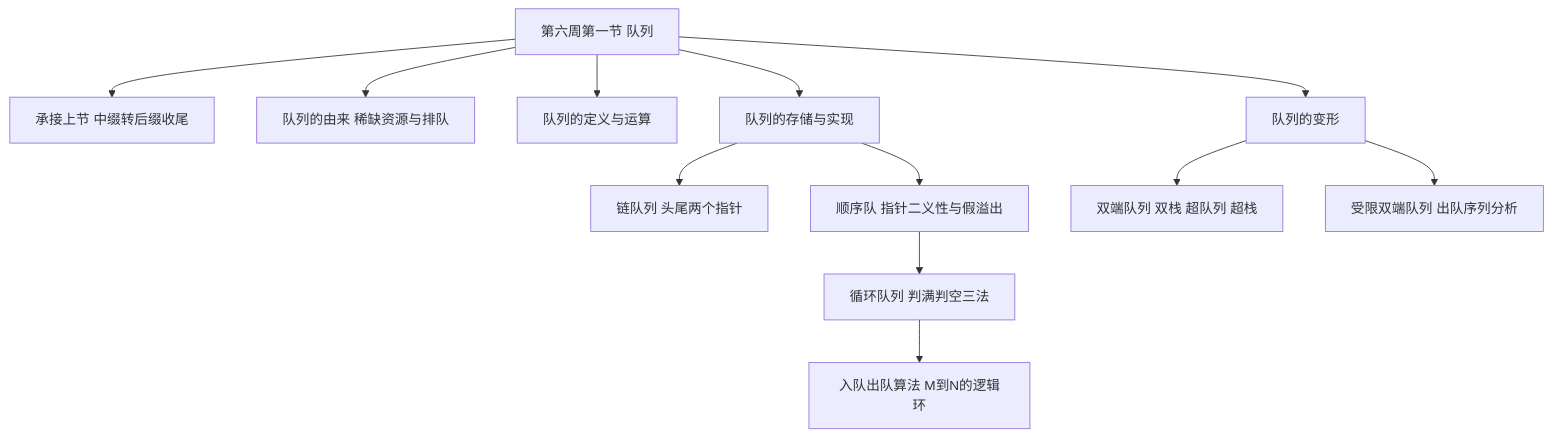
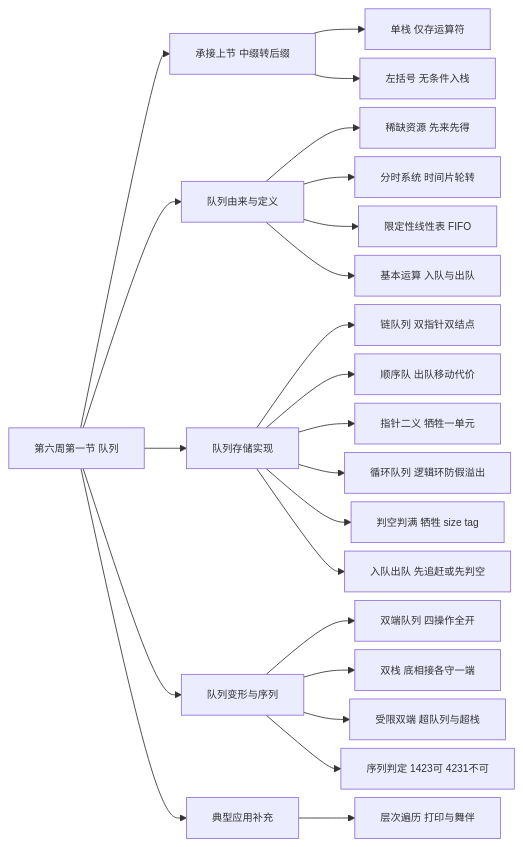
The diagram in 数据结构 第六周第一节 队列 详细版讲义.md (gududewangzhe/data-structures-notes), drawn with Mermaid before and after one commit. The commit also changed other lines of this file and 58 other files, not shown here.

First line of the commit message:
按节次重整全部讲义并统一插图与体例

````diff
--- a/数据结构 第六周第一节 队列 详细版讲义.md
+++ b/数据结构 第六周第一节 队列 详细版讲义.md
@@ -41,15 +41,31 @@
 ```mermaid
-flowchart TD
-    ROOT["第六周第一节 队列"]
-    ROOT --> A["承接上节 中缀转后缀收尾"]
-    ROOT --> B["队列的由来 稀缺资源与排队"]
-    ROOT --> C["队列的定义与运算"]
-    ROOT --> D["队列的存储与实现"]
-    ROOT --> E["队列的变形"]
-    D --> D1["链队列 头尾两个指针"]
-    D --> D2["顺序队 指针二义性与假溢出"]
-    D2 --> D3["循环队列 判满判空三法"]
-    D3 --> D4["入队出队算法 M到N的逻辑环"]
-    E --> E1["双端队列 双栈 超队列 超栈"]
-    E --> E2["受限双端队列 出队序列分析"]
+%%{init: {"flowchart": {"nodeSpacing": 10, "rankSpacing": 30, "curve": "basis"}, "themeVariables": {"fontSize": "12px"}}}%%
+flowchart LR
+    R["第六周第一节 队列"]
+    R --> A["承接上节 中缀转后缀"]
+    A --> A1["单栈 仅存运算符"]
+    A --> A2["左括号 无条件入栈"]
+
+    R --> B["队列由来与定义"]
+    B --> B1["稀缺资源 先来先得"]
+    B --> B2["分时系统 时间片轮转"]
+    B --> B3["限定性线性表 FIFO"]
+    B --> B4["基本运算 入队与出队"]
+
+    R --> C["队列存储实现"]
+    C --> C1["链队列 双指针双结点"]
+    C --> C2["顺序队 出队移动代价"]
+    C --> C3["指针二义 牺牲一单元"]
+    C --> C4["循环队列 逻辑环防假溢出"]
+    C --> C5["判空判满 牺牲 size tag"]
+    C --> C6["入队出队 先追赶或先判空"]
+
+    R --> D["队列变形与序列"]
+    D --> D1["双端队列 四操作全开"]
+    D --> D2["双栈 底相接各守一端"]
+    D --> D3["受限双端 超队列与超栈"]
+    D --> D4["序列判定 1423可 4231不可"]
+
+    R --> E["典型应用补充"]
+    E --> E1["层次遍历 打印与舞伴"]
 ```
````
